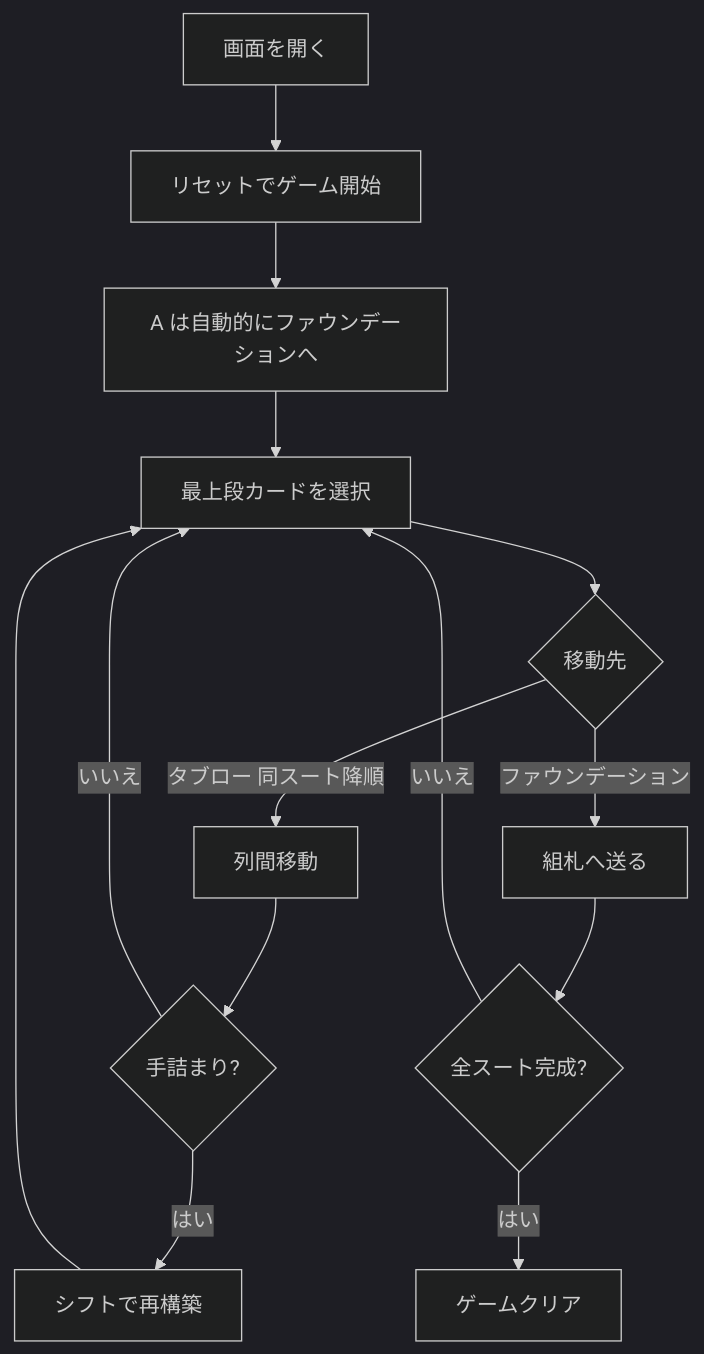
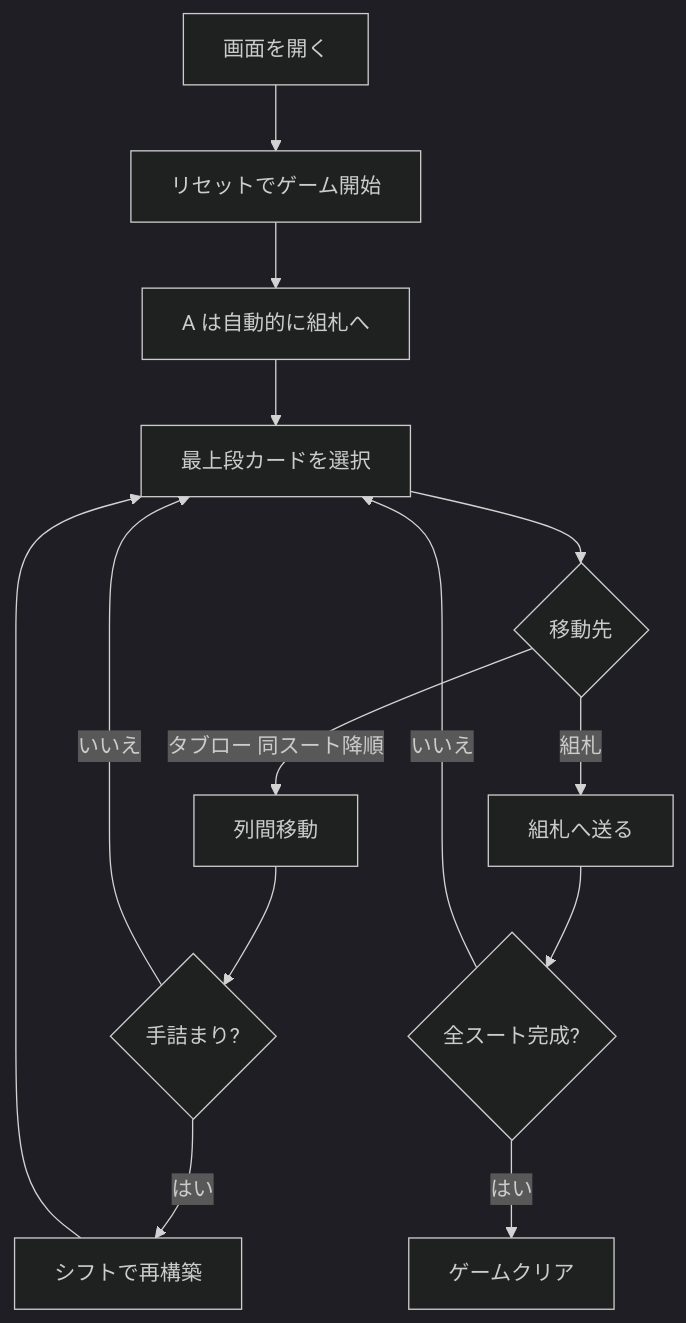
Before and after one commit to yuta-yoshinaga/go_trumpcards: the diagram in docs/manual/web/cruel.md, drawn with Mermaid (dark theme). The commit also changed other lines of this file and 60 other files, not shown here.

````diff
--- a/docs/manual/web/cruel.md
+++ b/docs/manual/web/cruel.md
@@ -39,16 +39,16 @@
 ```mermaid
 flowchart TD
     A[画面を開く] --> B[リセットでゲーム開始]
-    B --> C[A は自動的にファウンデーションへ]
+    B --> C[A は自動的に組札へ]
     C --> D[最上段カードを選択]
     D --> E{移動先}
     E -->|タブロー 同スート降順| F[列間移動]
-    E -->|ファウンデーション| G[組札へ送る]
+    E -->|組札| G[組札へ送る]
     F --> H{手詰まり?}
     G --> I{全スート完成?}
     H -->|はい| J[シフトで再構築]
     H -->|いいえ| D
     J --> D
     I -->|はい| K[ゲームクリア]
     I -->|いいえ| D
 ```
````
